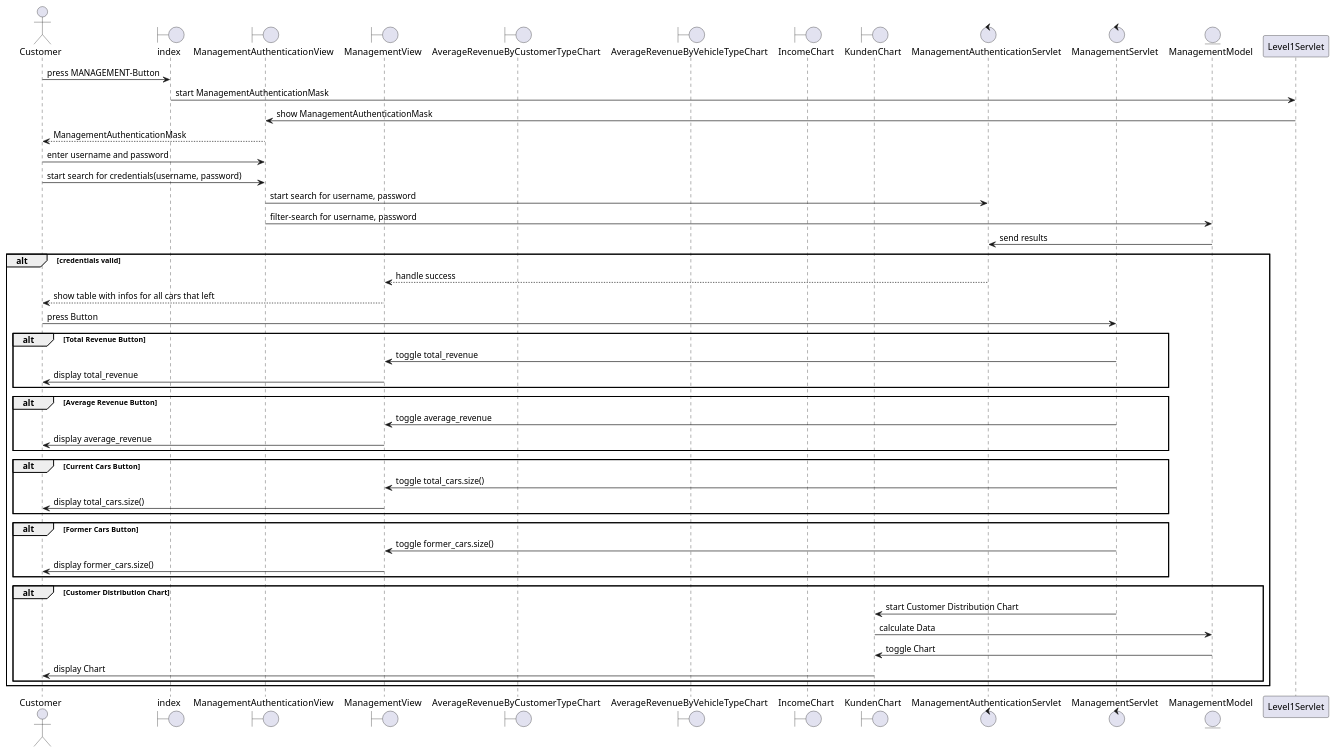
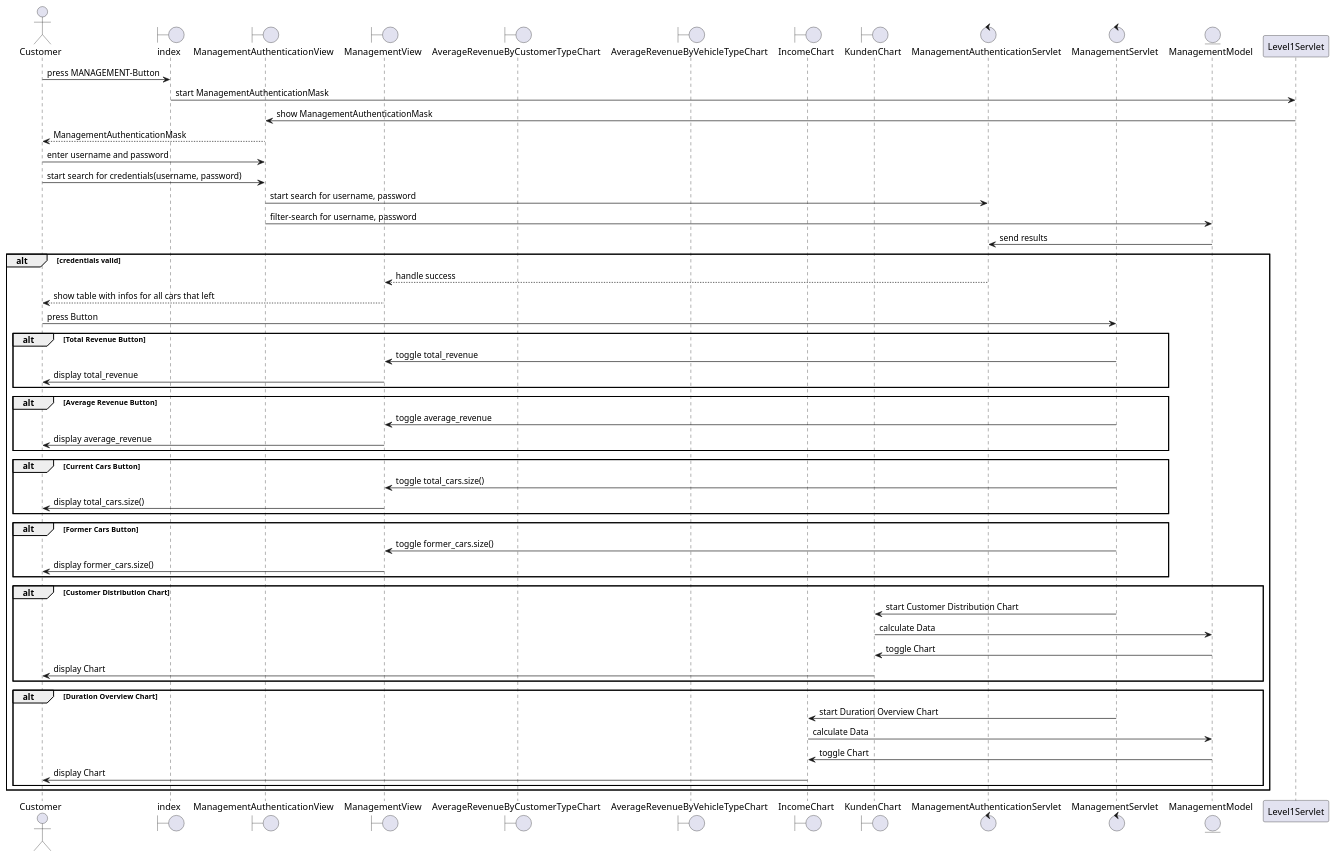
One commit to 1nbetw33n/Parkhaus_new changed the diagram in src/main/parkhaus-project/Parkhaus/java/Planung/DIAGRAMS/sd_Management.puml. Above: the diagram before and after it, drawn with PlantUML.

Commit message:
Added Duration Overview Chart

```diff
--- a/src/main/parkhaus-project/Parkhaus/java/Planung/DIAGRAMS/sd_Management.puml
+++ b/src/main/parkhaus-project/Parkhaus/java/Planung/DIAGRAMS/sd_Management.puml
@@ -1,52 +1,58 @@
 @startuml
 'https://plantuml.com/sequence-diagram
 actor Customer
 boundary index
 boundary ManagementAuthenticationView
 boundary ManagementView
 boundary AverageRevenueByCustomerTypeChart
 boundary AverageRevenueByVehicleTypeChart
 boundary IncomeChart
 boundary KundenChart
 control ManagementAuthenticationServlet
 control ManagementServlet
 entity ManagementModel
 Customer -> index : press MANAGEMENT-Button
 index -> Level1Servlet : start ManagementAuthenticationMask
 Level1Servlet -> ManagementAuthenticationView : show ManagementAuthenticationMask
 ManagementAuthenticationView --> Customer : ManagementAuthenticationMask
 Customer -> ManagementAuthenticationView : enter username and password
 Customer -> ManagementAuthenticationView : start search for credentials(username, password)
 ManagementAuthenticationView -> ManagementAuthenticationServlet : start search for username, password
 ManagementAuthenticationView -> ManagementModel : filter-search for username, password
 ManagementModel -> ManagementAuthenticationServlet : send results
 alt credentials valid
     ManagementAuthenticationServlet --> ManagementView : handle success
     ManagementView --> Customer : show table with infos for all cars that left
     Customer -> ManagementServlet : press Button
     alt Total Revenue Button
         ManagementServlet -> ManagementView : toggle total_revenue
         ManagementView -> Customer : display total_revenue
     end
     alt Average Revenue Button
         ManagementServlet -> ManagementView : toggle average_revenue
         ManagementView -> Customer : display average_revenue
     end
     alt Current Cars Button
         ManagementServlet -> ManagementView : toggle total_cars.size()
         ManagementView -> Customer : display total_cars.size()
     end
     alt Former Cars Button
         ManagementServlet -> ManagementView : toggle former_cars.size()
         ManagementView -> Customer : display former_cars.size()
     end
     alt Customer Distribution Chart
         ManagementServlet -> KundenChart : start Customer Distribution Chart
         KundenChart -> ManagementModel : calculate Data
         ManagementModel -> KundenChart : toggle Chart
         KundenChart -> Customer : display Chart
     end
+    alt Duration Overview Chart
+        ManagementServlet -> IncomeChart : start Duration Overview Chart
+        IncomeChart -> ManagementModel : calculate Data
+        ManagementModel -> IncomeChart : toggle Chart
+        IncomeChart -> Customer : display Chart
+    end
 end
 
 
 @enduml
```
